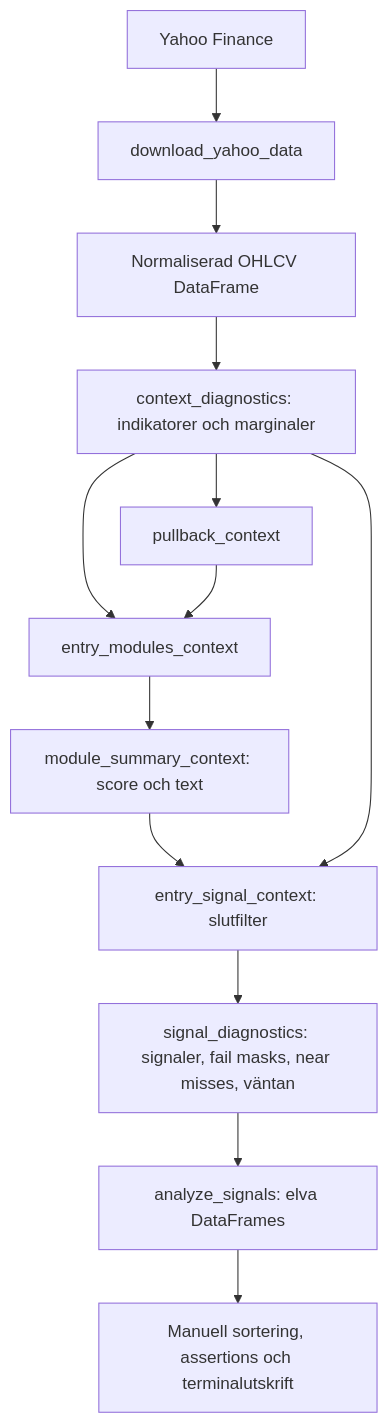
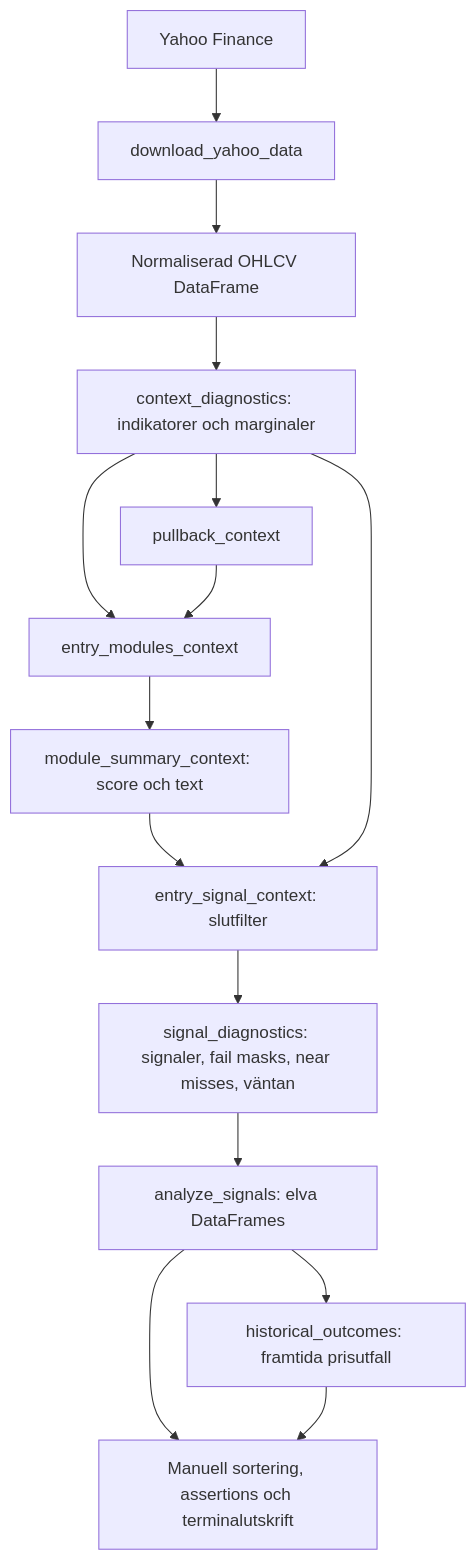
One commit to virrew/trust-me-python changed the second of 2 diagrams in ARCHITECTURE.md. Above: the diagram before and after it, drawn with Mermaid. The commit also changed other lines of this file and 2 other files, not shown here.

Commit message:
Add historical outcome diagnostics

````diff
--- a/ARCHITECTURE.md
+++ b/ARCHITECTURE.md
@@ -161,15 +162,17 @@
 ```mermaid
 flowchart TD
     Y[Yahoo Finance] --> DL[download_yahoo_data]
     DL --> O[Normaliserad OHLCV DataFrame]
     O --> CT[context_diagnostics: indikatorer och marginaler]
     CT --> PB[pullback_context]
     CT --> EM[entry_modules_context]
     PB --> EM
     EM --> SC[module_summary_context: score och text]
     SC --> FS[entry_signal_context: slutfilter]
     CT --> FS
     FS --> SD[signal_diagnostics: signaler, fail masks, near misses, väntan]
     SD --> AN[analyze_signals: elva DataFrames]
+    AN --> HO[historical_outcomes: framtida prisutfall]
     AN --> OUT[Manuell sortering, assertions och terminalutskrift]
+    HO --> OUT
 ```
````
